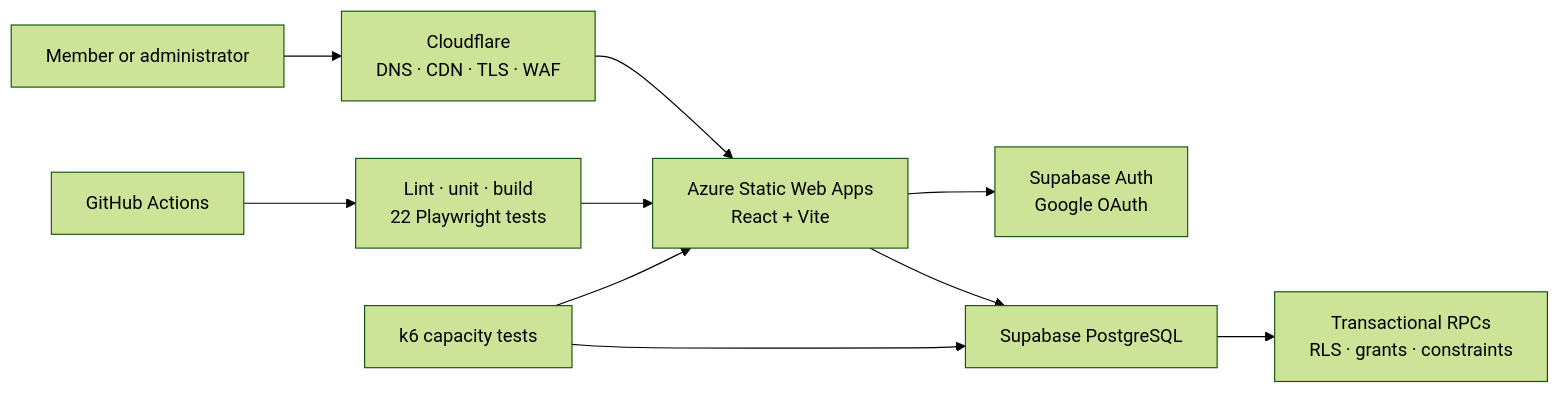
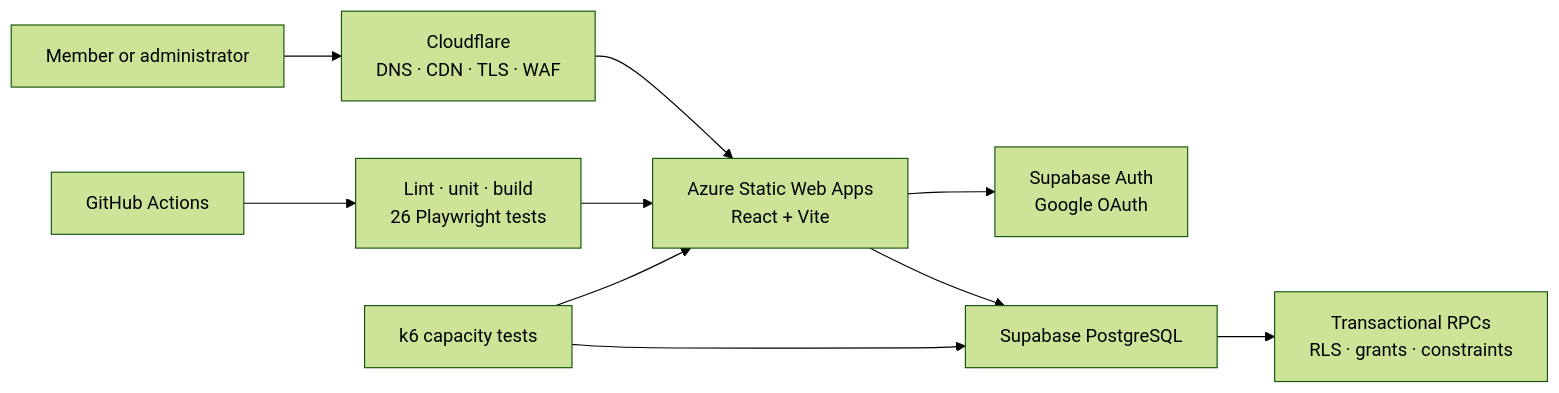
One commit to adenstamm/alc-website changed the diagram in README.md. Above: the diagram before and after it, drawn with Mermaid (forest theme). The commit also changed other lines of this file and 7 other files, not shown here.

````diff
--- a/README.md
+++ b/README.md
@@ -53,12 +53,12 @@
 ```mermaid
 flowchart LR
     U["Member or administrator"] --> C["Cloudflare<br/>DNS · CDN · TLS · WAF"]
     C --> A["Azure Static Web Apps<br/>React + Vite"]
     A --> S["Supabase Auth<br/>Google OAuth"]
     A --> P["Supabase PostgreSQL"]
     P --> R["Transactional RPCs<br/>RLS · grants · constraints"]
-    G["GitHub Actions"] --> T["Lint · unit · build<br/>22 Playwright tests"]
+    G["GitHub Actions"] --> T["Lint · unit · build<br/>26 Playwright tests"]
     T --> A
     K["k6 capacity tests"] --> A
     K --> P
 ```
````
